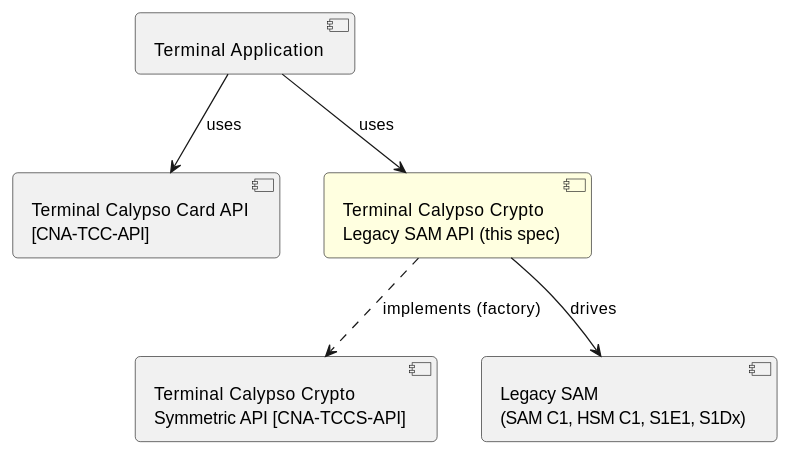
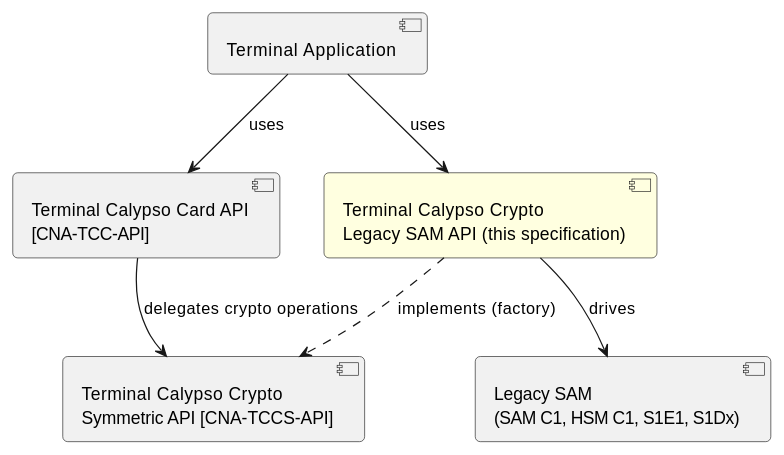
Before and after one commit to calypsonet/calypsonet-terminal-calypso-crypto-legacysam-uml-api: the first of 2 diagrams in api_specification.adoc, drawn with PlantUML. The commit also changed other lines of this file, not shown here.

```diff
--- a/api_specification.adoc
+++ b/api_specification.adoc
@@ -293,18 +293,19 @@
 [plantuml, target=architecture-overview, format=svg]
 ....
 @startuml
 skinparam shadowing false
 skinparam roundCorner 8
 
 component "Terminal Application" as App
 component "Terminal Calypso Card API\n[CNA-TCC-API]" as TCC
 component "Terminal Calypso Crypto\nSymmetric API [CNA-TCCS-API]" as TCCS
-component "Terminal Calypso Crypto\nLegacy SAM API (this spec)" as TCCL #LightYellow
+component "Terminal Calypso Crypto\nLegacy SAM API (this specification)" as TCCL #LightYellow
 component "Legacy SAM\n(SAM C1, HSM C1, S1E1, S1Dx)" as SAM
 
 App  --> TCCL : uses
 App  --> TCC  : uses
+TCC  --> TCCS  : delegates crypto operations
 TCCL ..> TCCS : implements (factory)
 TCCL --> SAM  : drives
 @enduml
 ....
```
